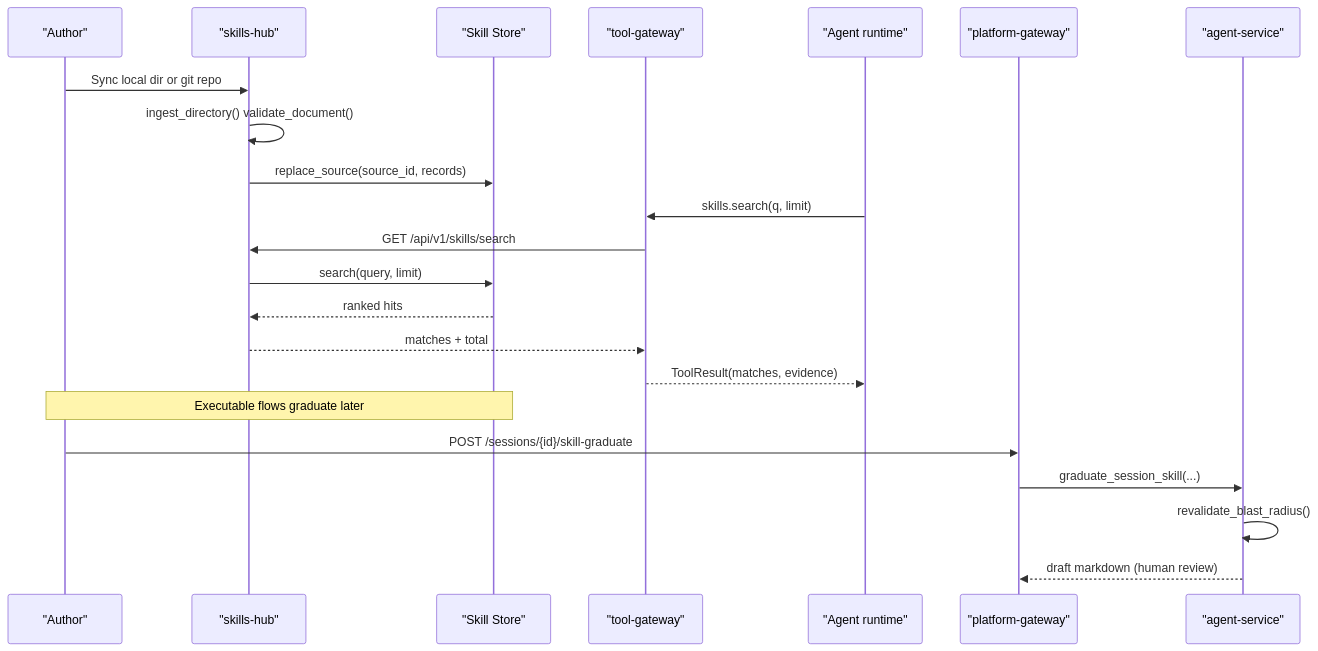
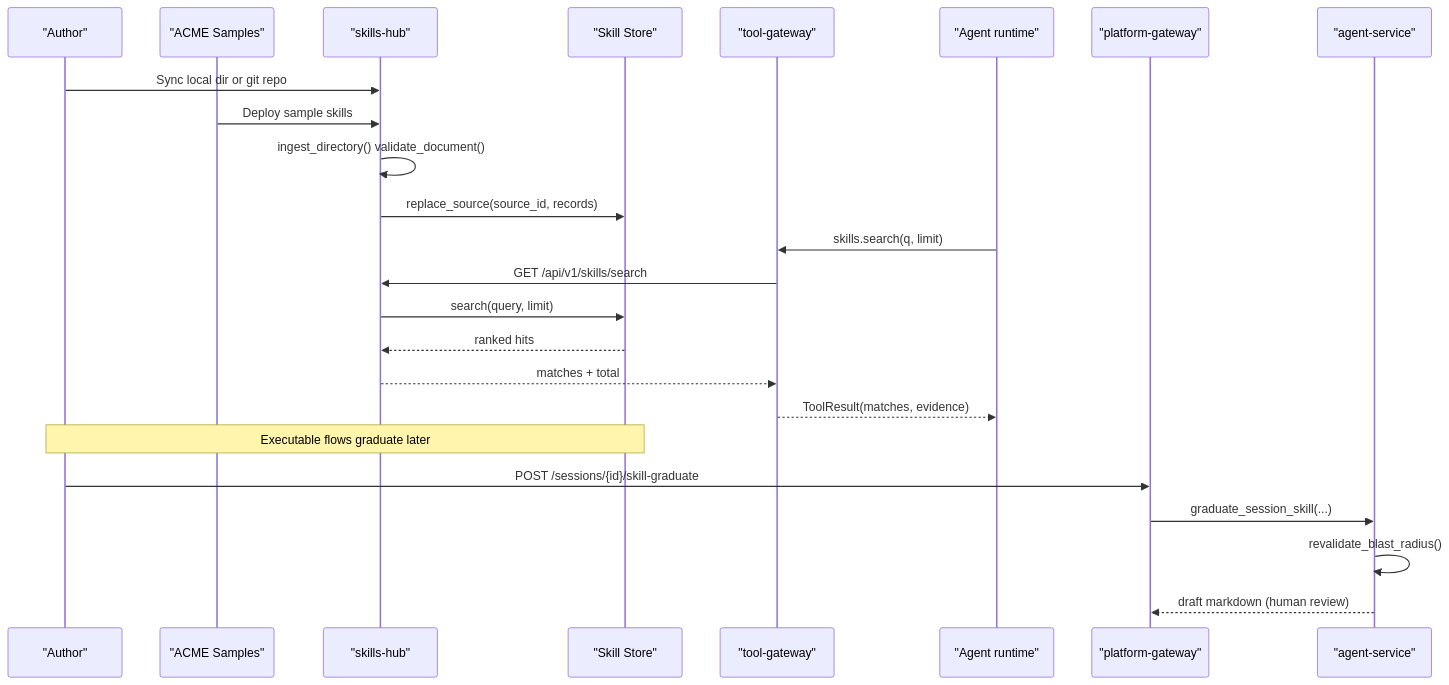
The second of 9 diagrams in .qoder/repowiki/en/content/Skills and Operational Guidance/Skills and Operational Guidance.md (metasync/luban-aiops), drawn with Mermaid before and after one commit. The commit also changed other lines of this file and 102 other files, not shown here.

````diff
--- a/.qoder/repowiki/en/content/Skills and Operational Guidance/Skills and Operational Guidance.md
+++ b/.qoder/repowiki/en/content/Skills and Operational Guidance/Skills and Operational Guidance.md
@@ -102,24 +123,26 @@
 ```mermaid
 sequenceDiagram
 participant Author as "Author"
+participant ACME as "ACME Samples"
 participant Hub as "skills-hub"
 participant Store as "Skill Store"
 participant GW as "tool-gateway"
 participant Agent as "Agent runtime"
 participant PlatGW as "platform-gateway"
 participant AgentSvc as "agent-service"
 Author->>Hub : Sync local dir or git repo
+ACME->>Hub : Deploy sample skills
 Hub->>Hub : ingest_directory() validate_document()
 Hub->>Store : replace_source(source_id, records)
 Agent->>GW : skills.search(q, limit)
 GW->>Hub : GET /api/v1/skills/search
 Hub->>Store : search(query, limit)
 Store-->>Hub : ranked hits
 Hub-->>GW : matches + total
 GW-->>Agent : ToolResult(matches, evidence)
 Note over Author,Store : Executable flows graduate later
 Author->>PlatGW : POST /sessions/{id}/skill-graduate
 PlatGW->>AgentSvc : graduate_session_skill(...)
 AgentSvc->>AgentSvc : revalidate_blast_radius()
 AgentSvc-->>PlatGW : draft markdown (human review)
 ```
````
